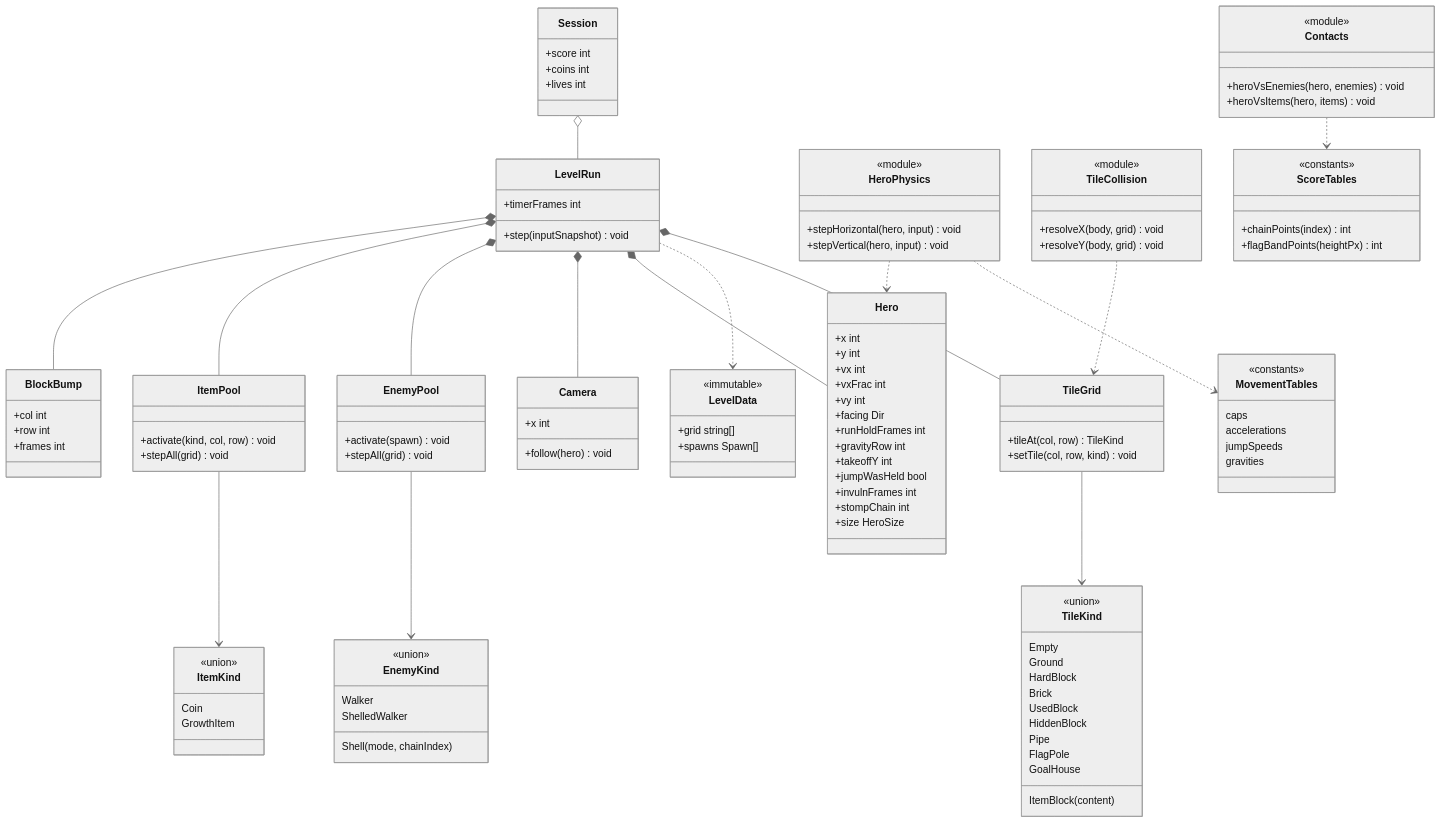
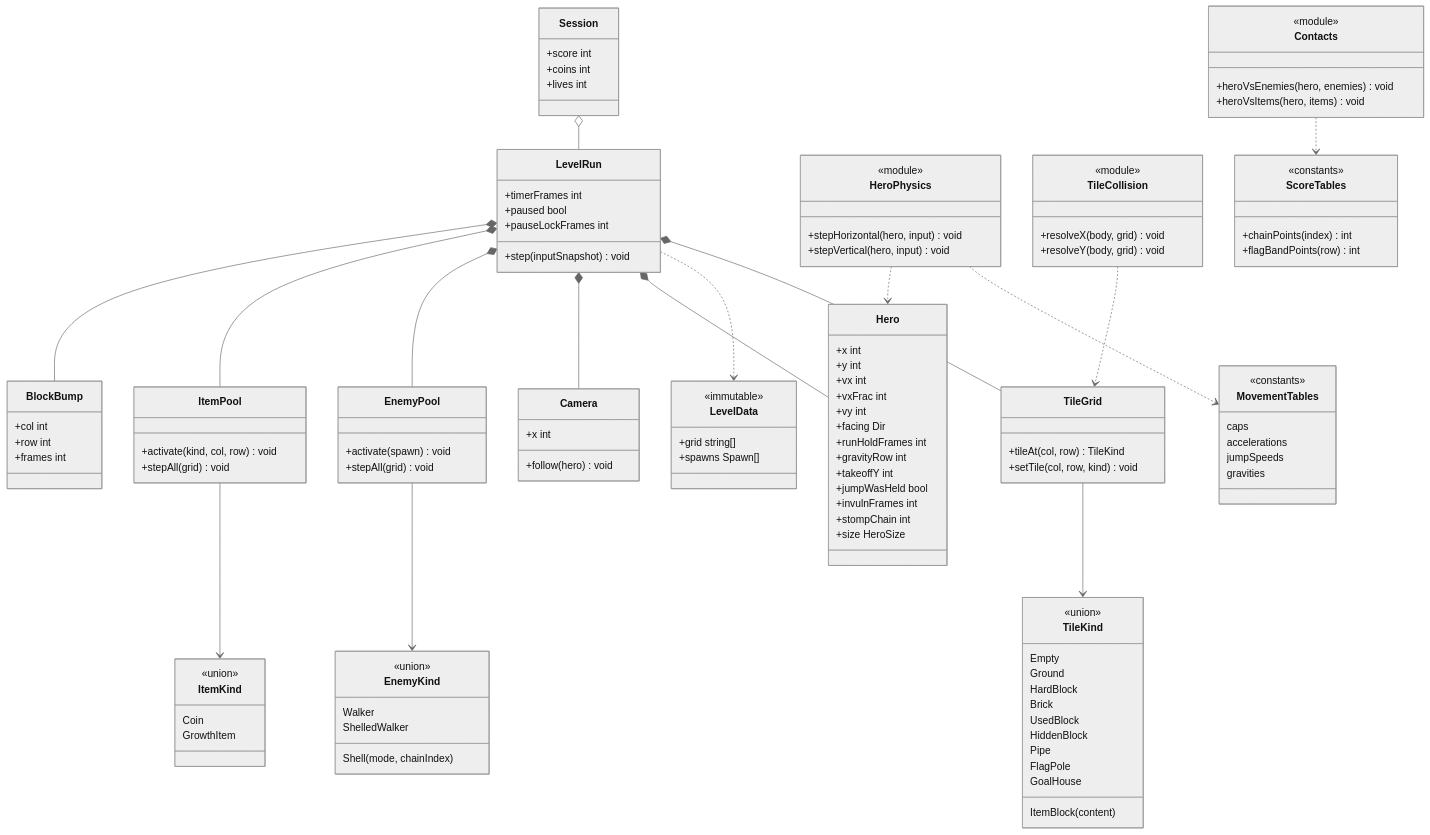
One commit to benoit-bremaud/retro-plumber changed the diagram in docs/architecture/diagrams/gameplay/04-class-domain.md. Above: the diagram before and after it, drawn with Mermaid (neutral theme). The commit also changed 12 other files, not shown here.

First line of the commit message:
docs(uml): use-case specifications and traceability matrix (#16)

```diff
--- a/docs/architecture/diagrams/gameplay/04-class-domain.md
+++ b/docs/architecture/diagrams/gameplay/04-class-domain.md
@@ -19,6 +19,8 @@
     }
     class LevelRun {
         +timerFrames int
+        +paused bool
+        +pauseLockFrames int
         +step(inputSnapshot) void
     }
     class LevelData {
@@ -111,7 +113,7 @@
     class ScoreTables {
         <<constants>>
         +chainPoints(index) int
-        +flagBandPoints(heightPx) int
+        +flagBandPoints(row) int
     }
     Session o-- LevelRun
     LevelRun *-- TileGrid
```
